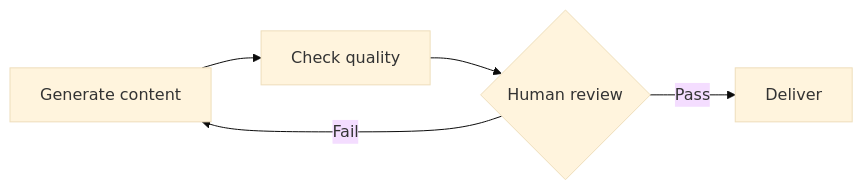
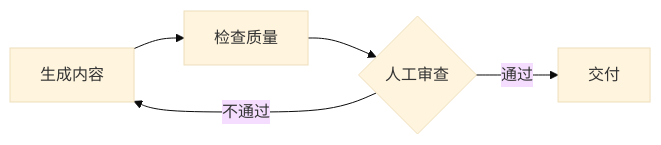
The second of 2 diagrams in Docs/资料解决方案项目/03-系统项目/USAGE.md (Suyin1/Jarvis), drawn with Mermaid (base theme) before and after one commit. The commit also changed other lines of this file and 10 other files, not shown here.

````diff
--- a/Docs/资料解决方案项目/03-系统项目/USAGE.md
+++ b/Docs/资料解决方案项目/03-系统项目/USAGE.md
@@ -40,7 +40,7 @@
 ```mermaid
 flowchart LR
-    A[Generate content] --> B[Check quality]
-    B --> C{Human review}
-    C -->|Pass| D[Deliver]
-    C -->|Fail| A
+    A[生成内容] --> B[检查质量]
+    B --> C{人工审查}
+    C -->|通过| D[交付]
+    C -->|不通过| A
 ```
````
